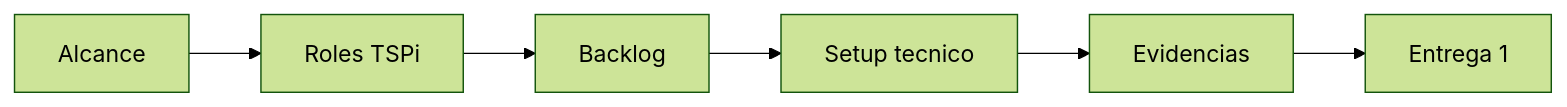
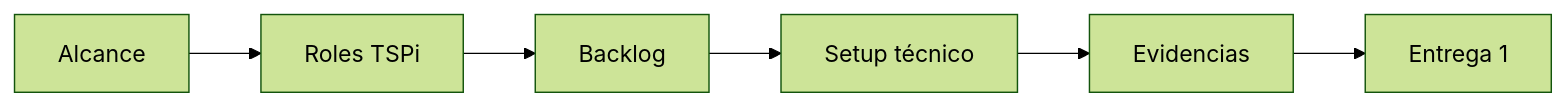
Before and after one commit to andresfccy/poli-tsp: the diagram in docs/entregas/entrega-1.md, drawn with Mermaid (forest theme). The commit also changed other lines of this file and 13 other files, not shown here.

Commit message:
docs: fix accents and mermaid labels

````diff
--- a/docs/entregas/entrega-1.md
+++ b/docs/entregas/entrega-1.md
@@ -39,8 +39,8 @@
 ```mermaid
 flowchart LR
-  Alcance[Alcance] --> Roles[Roles TSPi]
-  Roles --> Backlog[Backlog]
-  Backlog --> Setup[Setup tecnico]
-  Setup --> Evidencias[Evidencias]
-  Evidencias --> Entrega1[Entrega 1]
+  Alcance["Alcance"] --> Roles["Roles TSPi"]
+  Roles --> Backlog["Backlog"]
+  Backlog --> Setup["Setup técnico"]
+  Setup --> Evidencias["Evidencias"]
+  Evidencias --> Entrega1["Entrega 1"]
 ```
````
